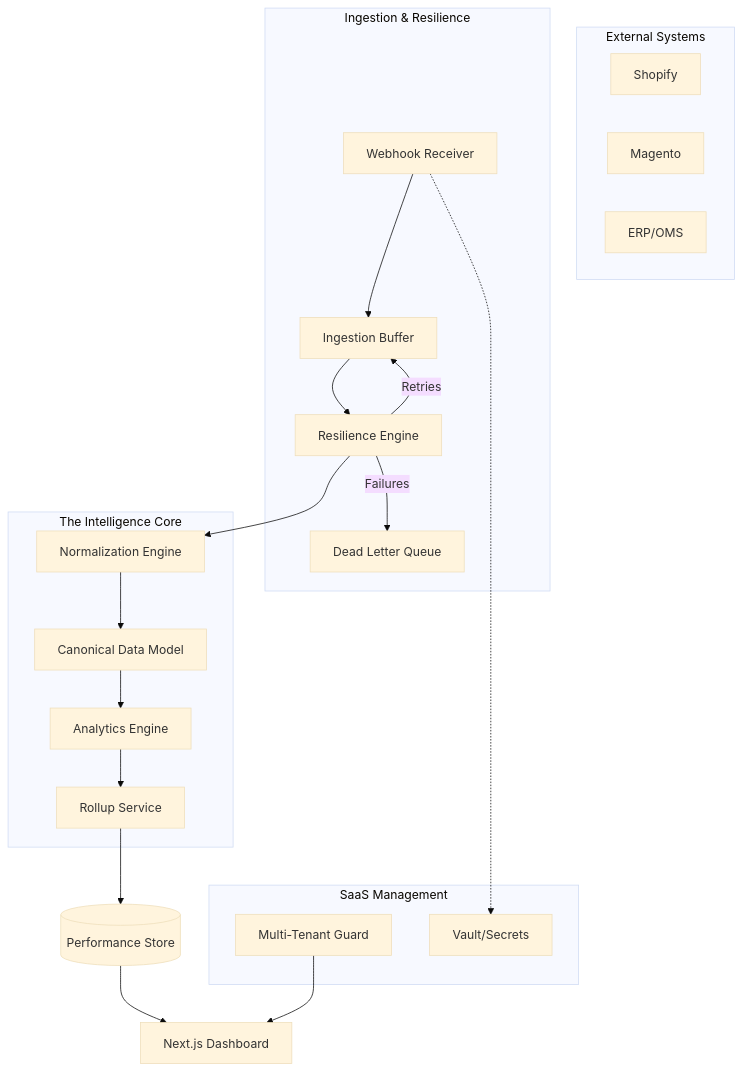
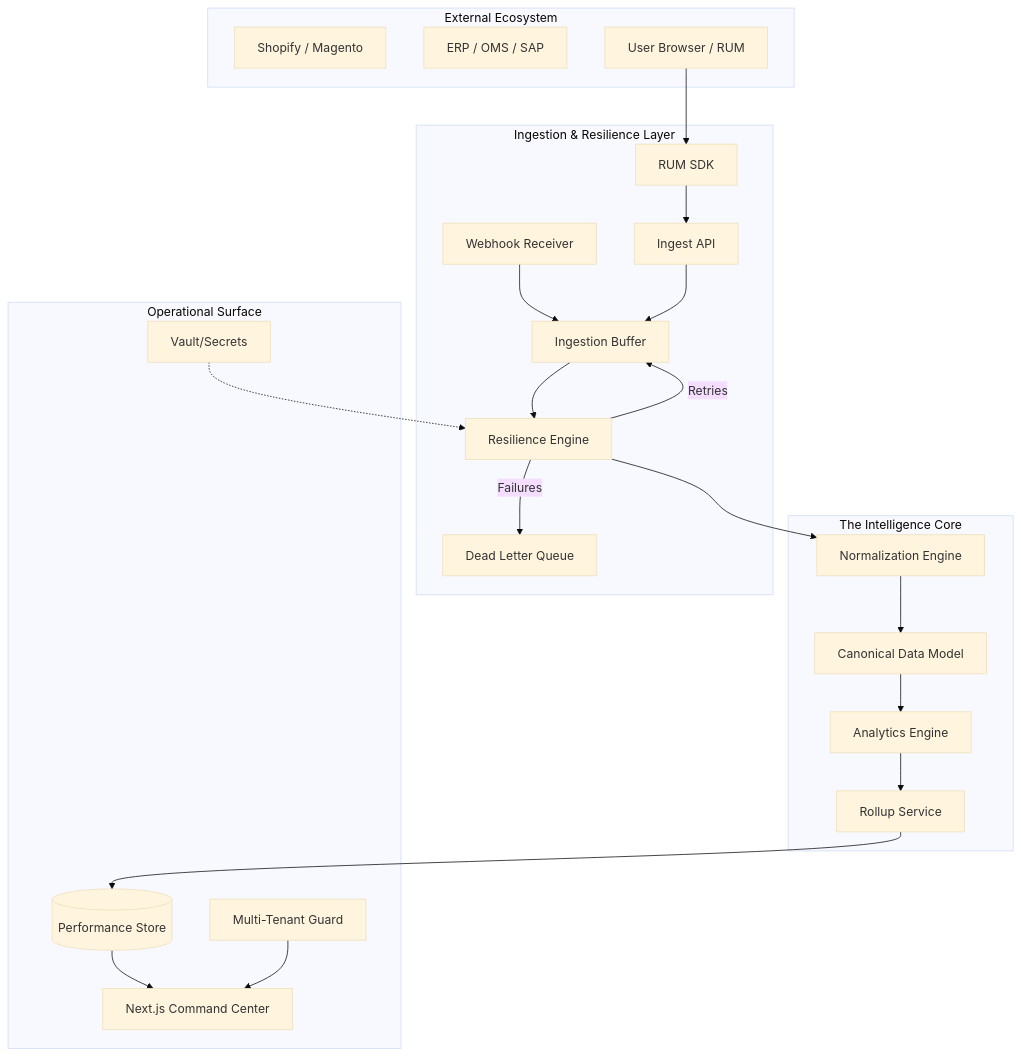
Before and after one commit to Tush18th/18th-Monitoring: the diagram in README.md, drawn with Mermaid (base theme). The commit also changed other lines of this file and 228 other files, not shown here.

````diff
--- a/README.md
+++ b/README.md
@@ -51,32 +33,31 @@
 ```mermaid
 graph TD
-    subgraph "External Systems"
-        S[Shopify]
-        M[Magento]
-        E[ERP/OMS]
+    subgraph "External Ecosystem"
+        S[Shopify / Magento]
+        E[ERP / OMS / SAP]
+        B[User Browser / RUM]
     end
 
-    subgraph "Ingestion & Resilience"
-        W[Webhook Receiver] --> B[Ingestion Buffer]
-        B --> RE[Resilience Engine]
-        RE -->|Retries| B
+    subgraph "Ingestion & Resilience Layer"
+        W[Webhook Receiver] --> IB[Ingestion Buffer]
+        B --> SDK[RUM SDK] --> IA[Ingest API]
+        IA --> IB
+        IB --> RE[Resilience Engine]
+        RE -->|Retries| IB
         RE -->|Failures| DLQ[Dead Letter Queue]
     end
 
     subgraph "The Intelligence Core"
         RE --> NE[Normalization Engine]
         NE --> CDM[Canonical Data Model]
         CDM --> AE[Analytics Engine]
         AE --> RS[Rollup Service]
     end
 
-    subgraph "SaaS Management"
-        IAM[Multi-Tenant Guard]
-        V[Vault/Secrets]
+    subgraph "Operational Surface"
+        RS --> DB[(Performance Store)]
+        DB --> DASH[Next.js Command Center]
+        IAM[Multi-Tenant Guard] --> DASH
+        V[Vault/Secrets] -.-> RE
     end
-
-    W -.-> V
-    RS --> DB[(Performance Store)]
-    DB --> DASH[Next.js Dashboard]
-    IAM --> DASH
 ```
````
